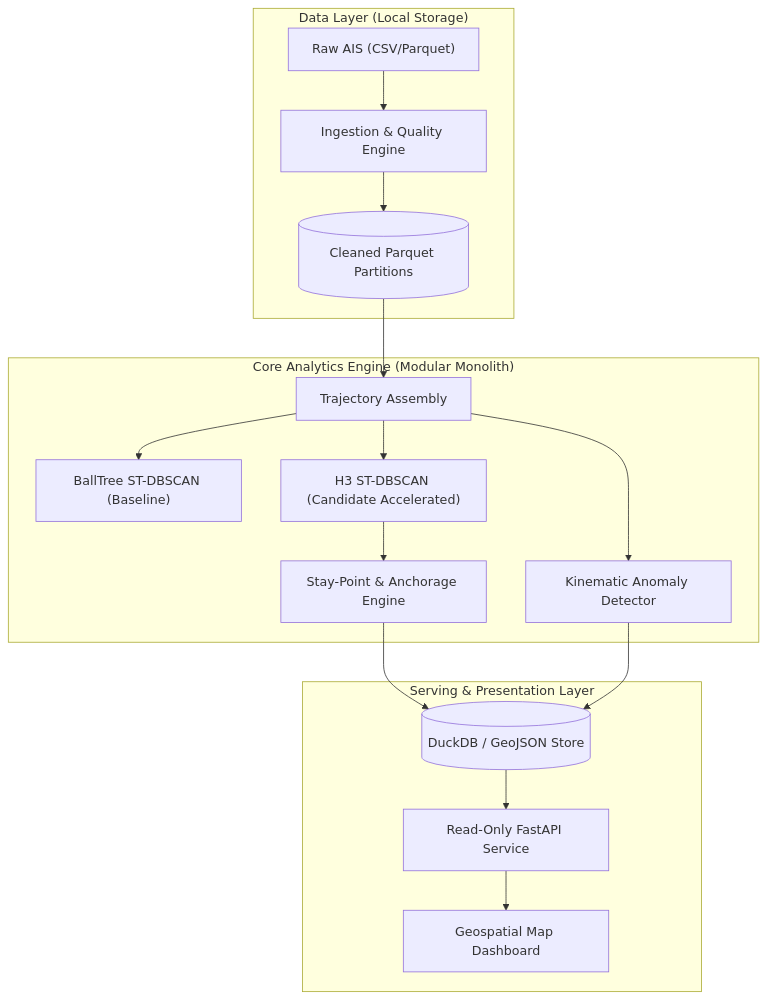
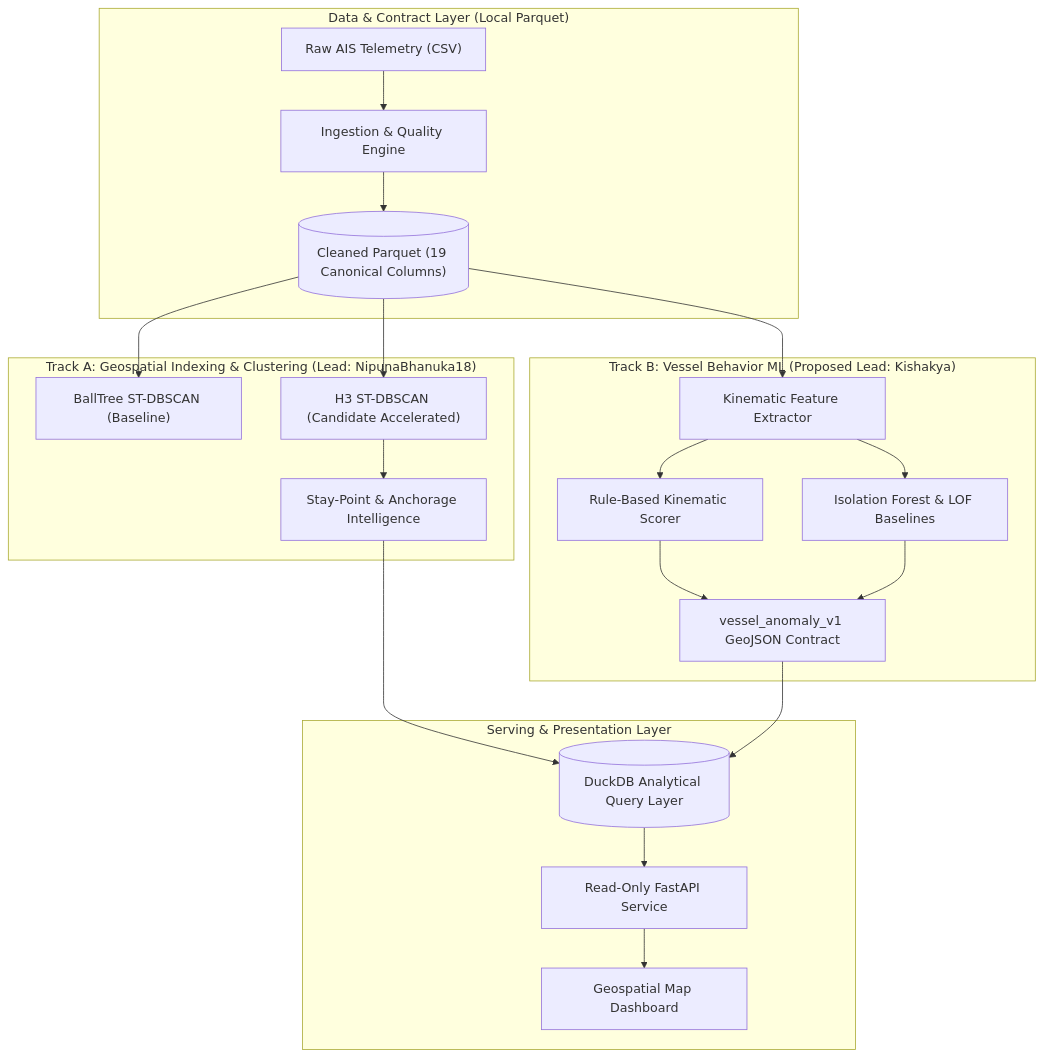
One commit to NipunaBhanuka18/Project-AegisMar changed the diagram in README.md. Above: the diagram before and after it, drawn with Mermaid. The commit also changed other lines of this file and 12 other files, not shown here.

````diff
--- a/README.md
+++ b/README.md
@@ -64,22 +70,28 @@
 ```mermaid
 flowchart TD
-    subgraph Data ["Data Layer (Local Storage)"]
-        Raw["Raw AIS (CSV/Parquet)"] --> Ingest["Ingestion & Quality Engine"]
-        Ingest --> CleanParquet[("Cleaned Parquet Partitions")]
+    subgraph Data ["Data & Contract Layer (Local Parquet)"]
+        Raw["Raw AIS Telemetry (CSV)"] --> Ingest["Ingestion & Quality Engine"]
+        Ingest --> CleanParquet[("Cleaned Parquet (19 Canonical Columns)")]
     end
 
-    subgraph Core ["Core Analytics Engine (Modular Monolith)"]
-        CleanParquet --> TrajPrep["Trajectory Assembly"]
-        TrajPrep --> ClusterBaseline["BallTree ST-DBSCAN (Baseline)"]
-        TrajPrep --> ClusterH3["H3 ST-DBSCAN (Candidate Accelerated)"]
-        ClusterH3 --> StayPoint["Stay-Point & Anchorage Engine"]
-        TrajPrep --> AnomalyEng["Kinematic Anomaly Detector"]
+    subgraph TrackA ["Track A: Geospatial Indexing & Clustering (Lead: NipunaBhanuka18)"]
+        CleanParquet --> BallTree["BallTree ST-DBSCAN (Baseline)"]
+        CleanParquet --> H3["H3 ST-DBSCAN (Candidate Accelerated)"]
+        H3 --> StayPoint["Stay-Point & Anchorage Intelligence"]
+    end
+
+    subgraph TrackB ["Track B: Vessel Behavior ML (Proposed Lead: Kishakya)"]
+        CleanParquet --> TrajFeat["Kinematic Feature Extractor"]
+        TrajFeat --> RuleEngine["Rule-Based Kinematic Scorer"]
+        TrajFeat --> IsoForest["Isolation Forest & LOF Baselines"]
+        RuleEngine --> AnomalyContract["vessel_anomaly_v1 GeoJSON Contract"]
+        IsoForest --> AnomalyContract
     end
 
     subgraph Serving ["Serving & Presentation Layer"]
-        StayPoint --> DuckDBStore[("DuckDB / GeoJSON Store")]
-        AnomalyEng --> DuckDBStore
+        StayPoint --> DuckDBStore[("DuckDB Analytical Query Layer")]
+        AnomalyContract --> DuckDBStore
         DuckDBStore --> FastAPISvc["Read-Only FastAPI Service"]
         FastAPISvc --> MapDashboard["Geospatial Map Dashboard"]
     end
 ```
````
